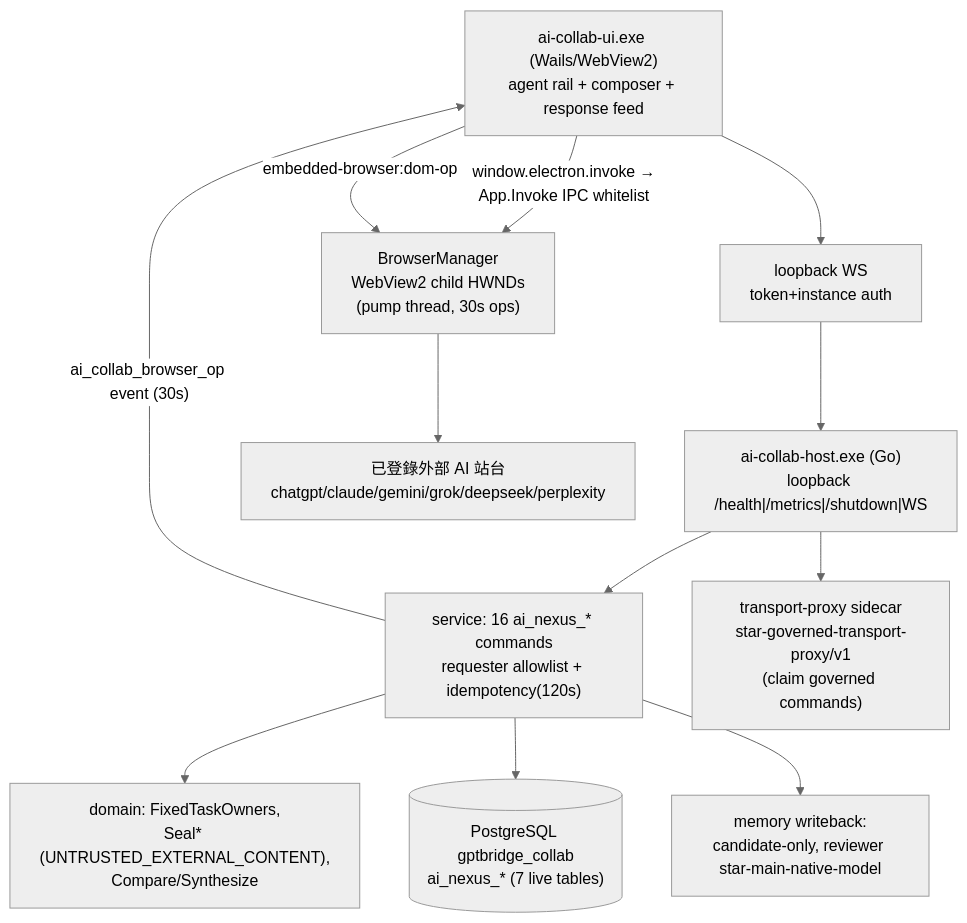
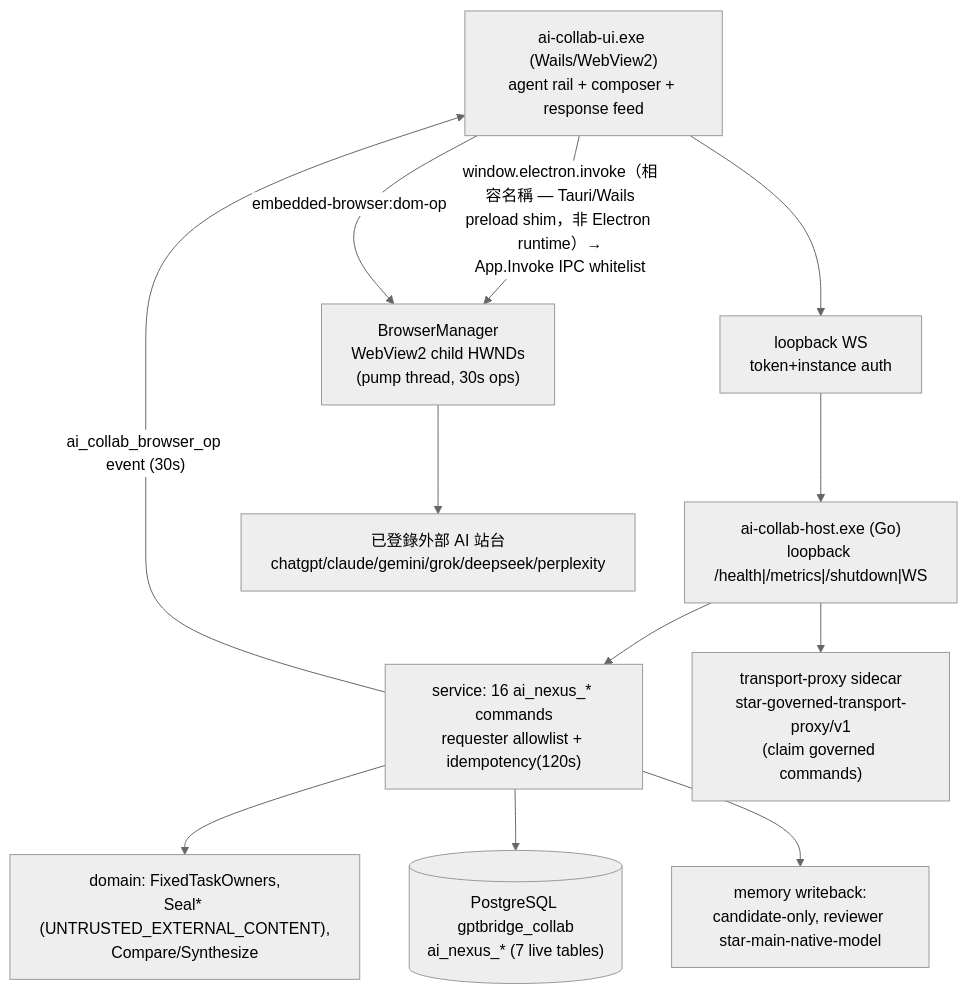
Before and after one commit to guilty442-source/GPTBridge: the diagram in governance_rule/codex/architecture-tool-ai-collaboration.md, drawn with Mermaid (neutral theme). The commit also changed 4 other files, not shown here.

````diff
--- a/governance_rule/codex/architecture-tool-ai-collaboration.md
+++ b/governance_rule/codex/architecture-tool-ai-collaboration.md
@@ -3,14 +3,14 @@
 ```mermaid
 flowchart TB
-  UI["ai-collab-ui.exe (Wails/WebView2)<br/>agent rail + composer + response feed"] -->|"window.electron.invoke →<br/>App.Invoke IPC whitelist"| WMGR["BrowserManager<br/>WebView2 child HWNDs<br/>(pump thread, 30s ops)"]
+  UI["ai-collab-ui.exe (Wails/WebView2)<br/>agent rail + composer + response feed"] -->|"window.electron.invoke（相容名稱 — Tauri/Wails<br/>preload shim，非 Electron runtime）→<br/>App.Invoke IPC whitelist"| WMGR["BrowserManager<br/>WebView2 child HWNDs<br/>(pump thread, 30s ops)"]
   SOCK["loopback WS<br/>token+instance auth"] --> HOST["ai-collab-host.exe (Go)<br/>loopback /health|/metrics|/shutdown|WS"]
   UI --> SOCK
   HOST --> SVC["service: 16 ai_nexus_* commands<br/>requester allowlist + idempotency(120s)"]
   SVC -->|"ai_collab_browser_op event (30s)"| UI
   UI -->|"embedded-browser:dom-op"| WMGR
   SVC --> DOM["domain: FixedTaskOwners,<br/>Seal* (UNTRUSTED_EXTERNAL_CONTENT),<br/>Compare/Synthesize"]
   SVC --> REPO[("PostgreSQL gptbridge_collab<br/>ai_nexus_* (7 live tables)")]
   HOST --> PROXY["transport-proxy sidecar<br/>star-governed-transport-proxy/v1<br/>(claim governed commands)"]
   SVC --> MEM["memory writeback:<br/>candidate-only, reviewer star-main-native-model"]
   WMGR --> WEB["已登錄外部 AI 站台<br/>chatgpt/claude/gemini/grok/deepseek/perplexity"]
 ```
````
